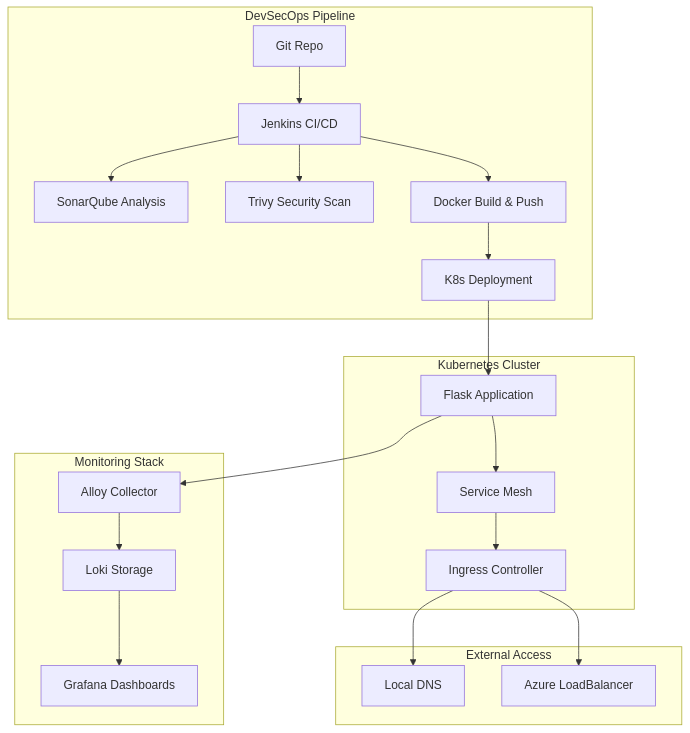
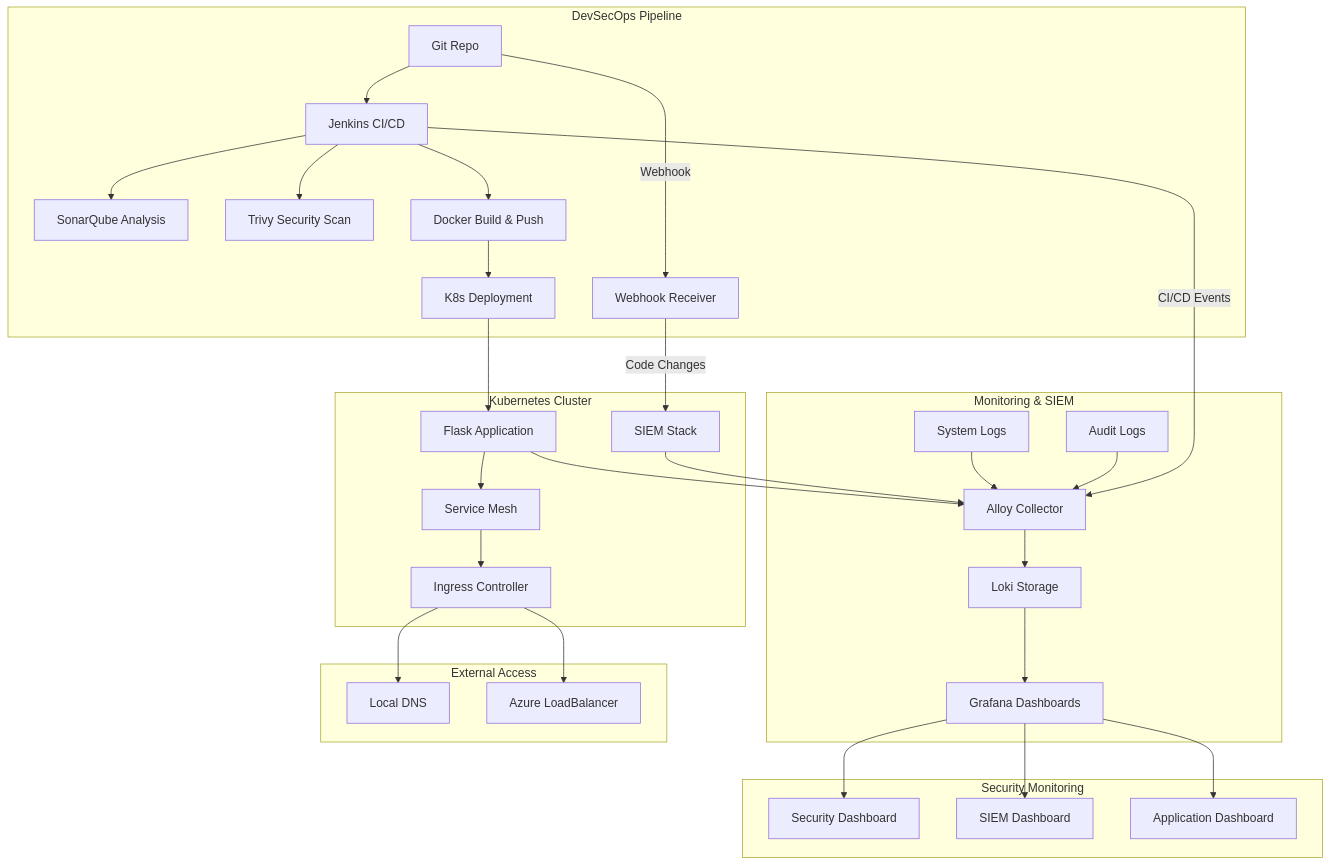
The diagram in README.md (Jev1337/Sample-DevSecOps), drawn with Mermaid before and after one commit. The commit also changed other lines of this file and 7 other files, not shown here.

First line of the commit message:
Add SIEM stack: docs, Ansible, Alloy, dashboard

````diff
--- a/README.md
+++ b/README.md
@@ -47,27 +55,39 @@
 ```mermaid
 graph TB
     subgraph "DevSecOps Pipeline"
         A[Git Repo] --> B[Jenkins CI/CD]
         B --> C[SonarQube Analysis]
         B --> D[Trivy Security Scan]
         B --> E[Docker Build & Push]
         E --> F[K8s Deployment]
+        A --> |Webhook| W[Webhook Receiver]
     end
     
     subgraph "Kubernetes Cluster"
         F --> G[Flask Application]
         G --> H[Service Mesh]
         H --> I[Ingress Controller]
+        W --> |Code Changes| S[SIEM Stack]
     end
     
-    subgraph "Monitoring Stack"
+    subgraph "Monitoring & SIEM"
         G --> J[Alloy Collector]
         J --> K[Loki Storage]
         K --> L[Grafana Dashboards]
+        OS[System Logs] --> J
+        AU[Audit Logs] --> J
+        S --> J
+        B --> |CI/CD Events| J
     end
     
     subgraph "External Access"
         I --> M[Local DNS]
         I --> N[Azure LoadBalancer]
     end
+    
+    subgraph "Security Monitoring"
+        L --> P[Security Dashboard]
+        L --> Q[SIEM Dashboard] 
+        L --> R[Application Dashboard]
+    end
 ```
````
